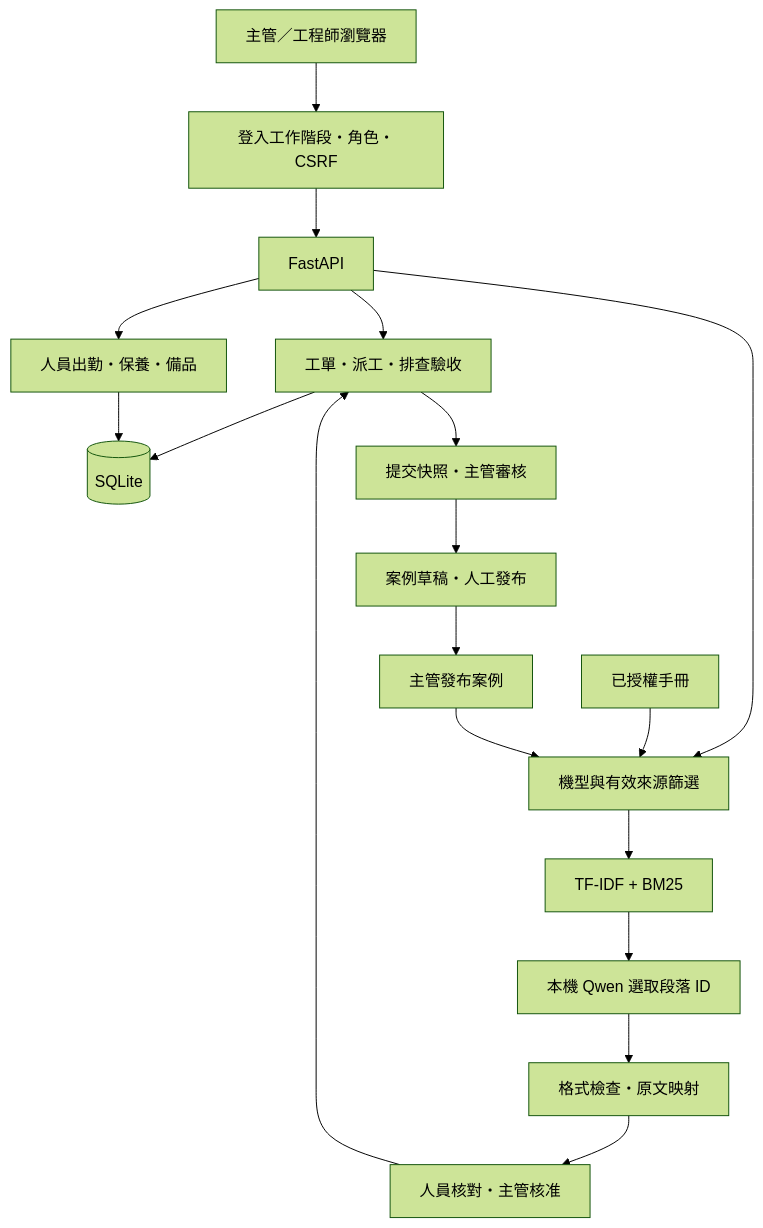
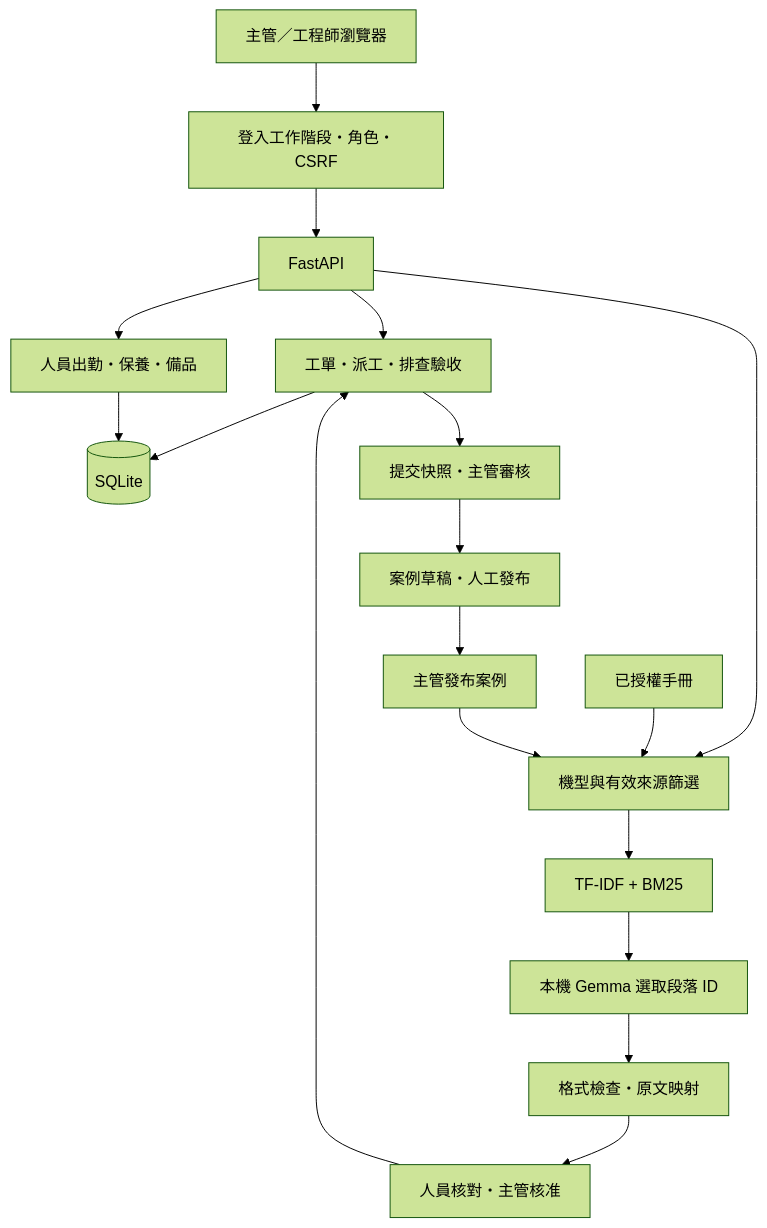
Before and after one commit to mina201199/predictfix-ai-factory: the second of 2 diagrams in README.md, drawn with Mermaid (forest theme). The commit also changed other lines of this file and 14 other files, not shown here.

First line of the commit message:
Switch local model from Qwen3-0.6B to Gemma 4 E2B Q8_0

````diff
--- a/README.md
+++ b/README.md
@@ -87,23 +87,23 @@
 ```mermaid
 flowchart TD
     UI[主管／工程師瀏覽器] --> AUTH[登入工作階段・角色・CSRF]
     AUTH --> API[FastAPI]
 
     API --> FLOW[工單・派工・排查驗收]
     API --> OPS[人員出勤・保養・備品]
     FLOW --> DB[(SQLite)]
     OPS --> DB
 
     API --> FILTER[機型與有效來源篩選]
     MAN[已授權手冊] --> FILTER
     CASE[主管發布案例] --> FILTER
     FILTER --> RET[TF-IDF + BM25]
-    RET --> LLM[本機 Qwen 選取段落 ID]
+    RET --> LLM[本機 Gemma 選取段落 ID]
     LLM --> CHECK[格式檢查・原文映射]
     CHECK --> HUMAN[人員核對・主管核准]
     HUMAN --> FLOW
 
     FLOW --> REVIEW[提交快照・主管審核]
     REVIEW --> DRAFT[案例草稿・人工發布]
     DRAFT --> CASE
 ```
````
